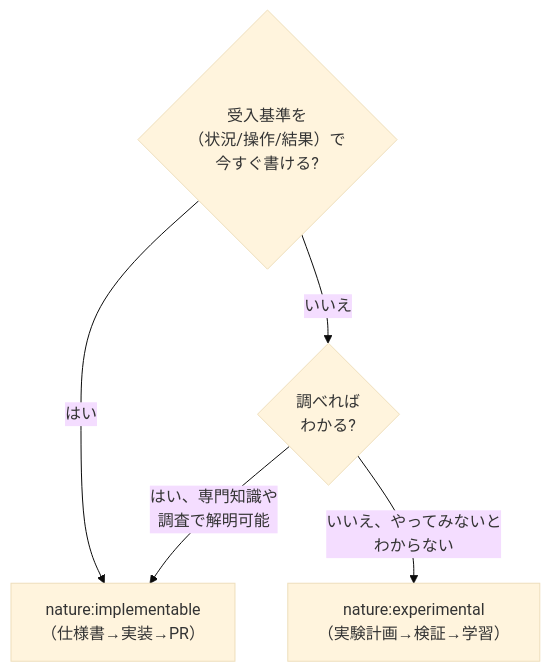
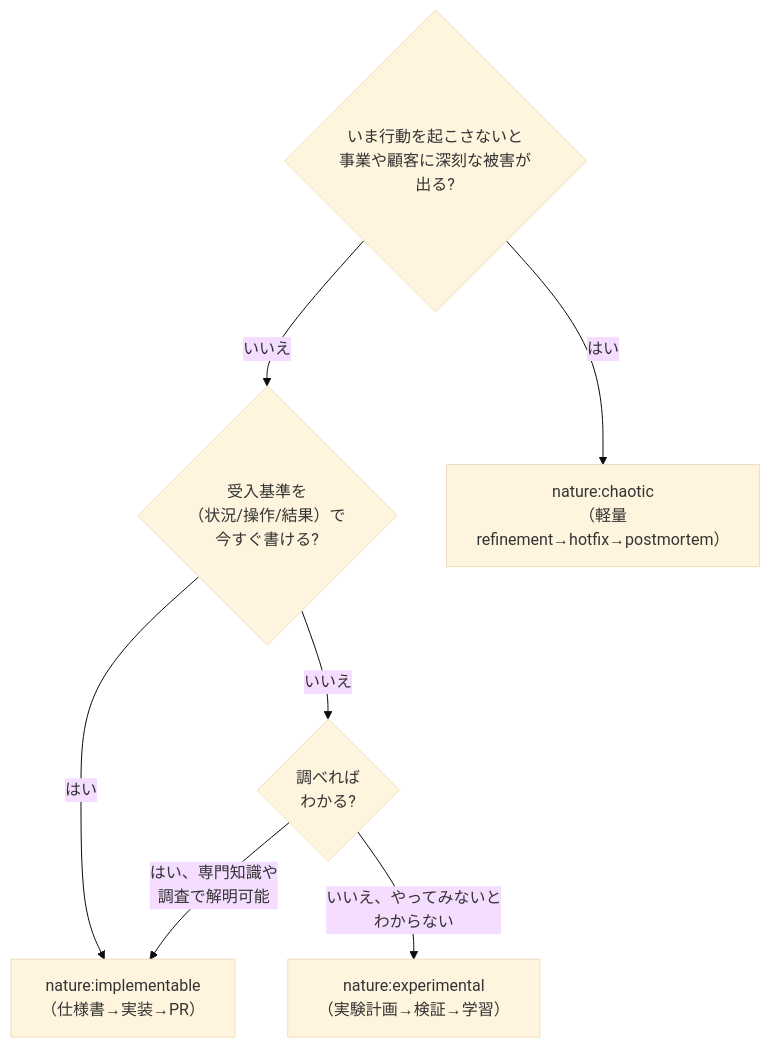
One commit to mrtry-lab/skills changed the diagram in skills/agile-create-backlog/references/cynefin-guide.md. Above: the diagram before and after it, drawn with Mermaid (base theme). The commit also changed other lines of this file and 3 other files, not shown here.

````diff
--- a/skills/agile-create-backlog/references/cynefin-guide.md
+++ b/skills/agile-create-backlog/references/cynefin-guide.md
@@ -42,12 +67,16 @@
 ```mermaid
 flowchart TB
+  q0{"いま行動を起こさないと\n事業や顧客に深刻な被害が出る?"}
   q1{"受入基準を\n（状況/操作/結果）で\n今すぐ書ける?"}
   q2{"調べれば\nわかる?"}
+  chaos["nature:chaotic\n（軽量refinement→hotfix→postmortem）"]
   impl["nature:implementable\n（仕様書→実装→PR）"]
   exp["nature:experimental\n（実験計画→検証→学習）"]
 
+  q0 -- "はい" --> chaos
+  q0 -- "いいえ" --> q1
   q1 -- "はい" --> impl
   q1 -- "いいえ" --> q2
   q2 -- "はい、専門知識や\n調査で解明可能" --> impl
   q2 -- "いいえ、やってみないと\nわからない" --> exp
 ```
````
